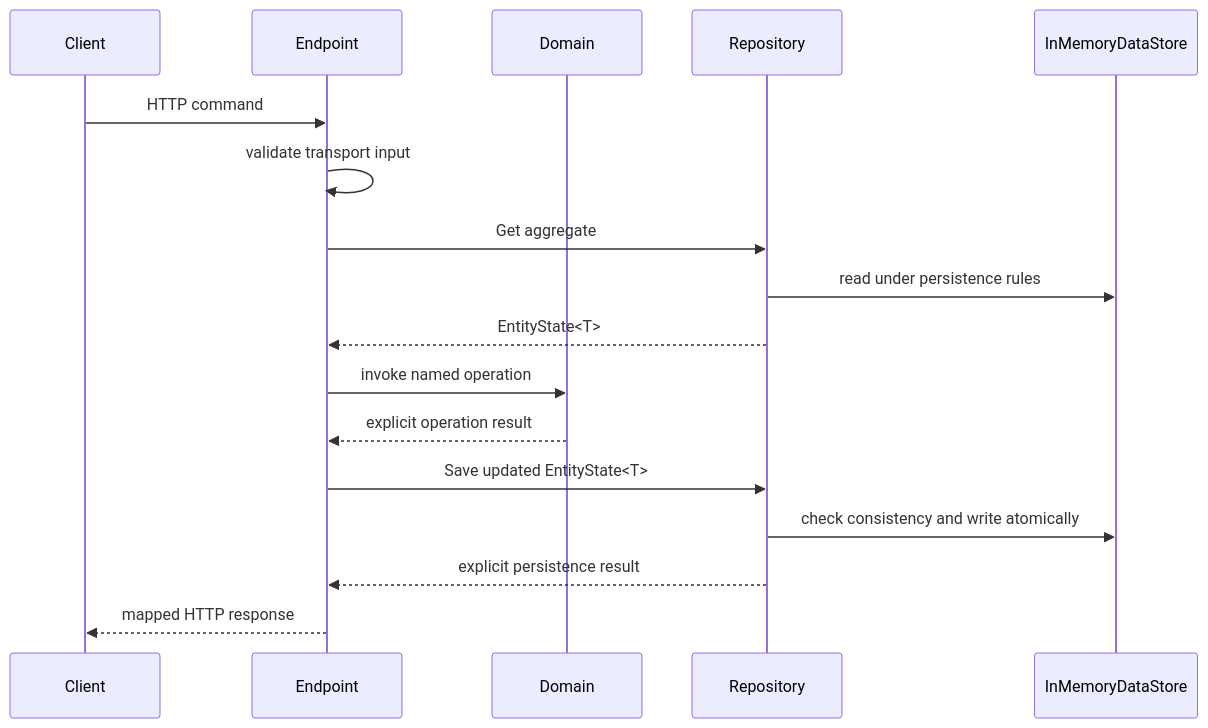
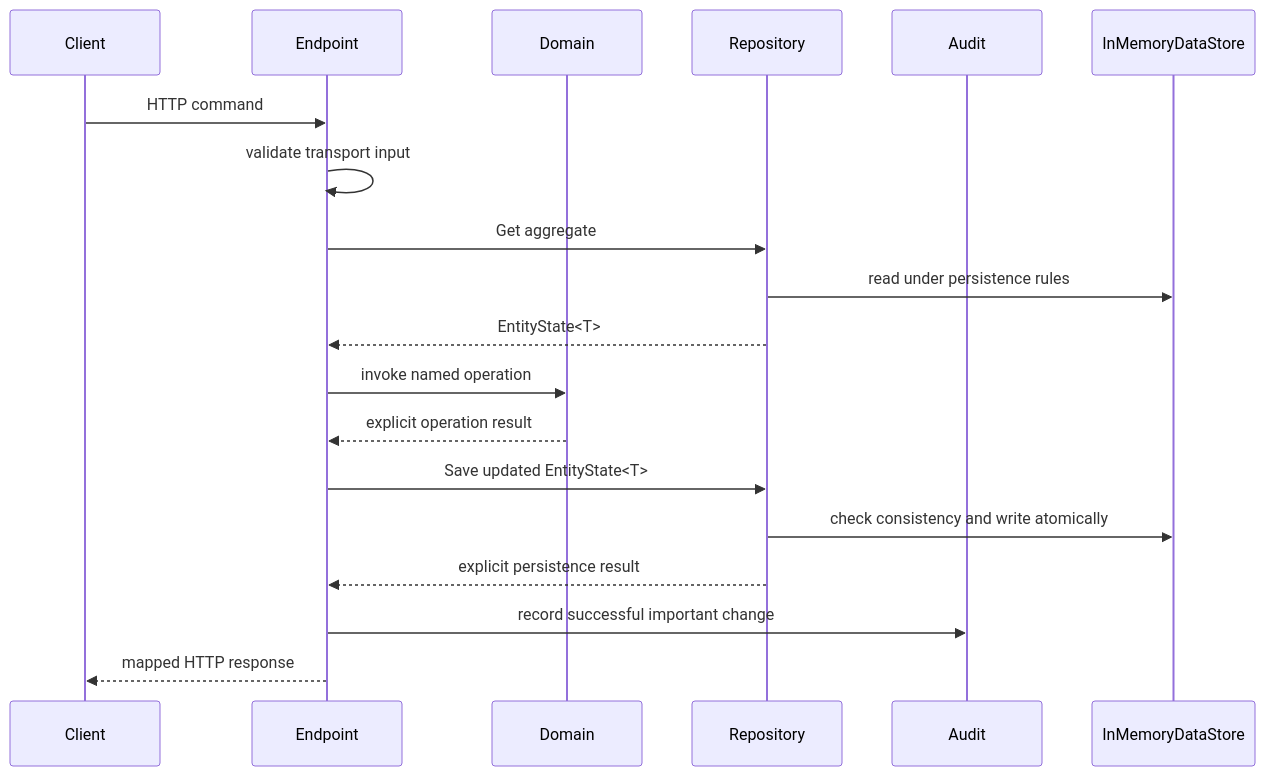
One commit to kierondye/BudgetyTzar changed the fourth of 5 diagrams in docs/architecture.md. Above: the diagram before and after it, drawn with Mermaid. The commit also changed other lines of this file and 14 other files, not shown here.

````diff
--- a/docs/architecture.md
+++ b/docs/architecture.md
@@ -139,20 +147,22 @@
 ```mermaid
 sequenceDiagram
     participant Client
     participant Endpoint
     participant Domain
     participant Repository
+    participant Audit
     participant Store as InMemoryDataStore
 
     Client->>Endpoint: HTTP command
     Endpoint->>Endpoint: validate transport input
     Endpoint->>Repository: Get aggregate
     Repository->>Store: read under persistence rules
     Repository-->>Endpoint: EntityState<T>
     Endpoint->>Domain: invoke named operation
     Domain-->>Endpoint: explicit operation result
     Endpoint->>Repository: Save updated EntityState<T>
     Repository->>Store: check consistency and write atomically
     Repository-->>Endpoint: explicit persistence result
+    Endpoint->>Audit: record successful important change
     Endpoint-->>Client: mapped HTTP response
 ```
````
